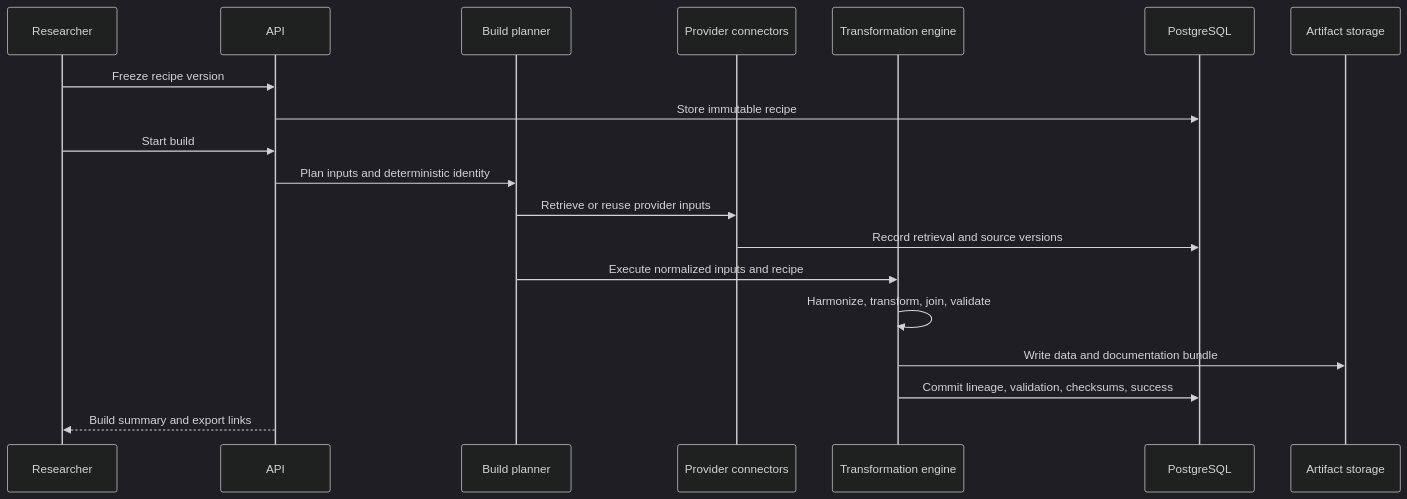
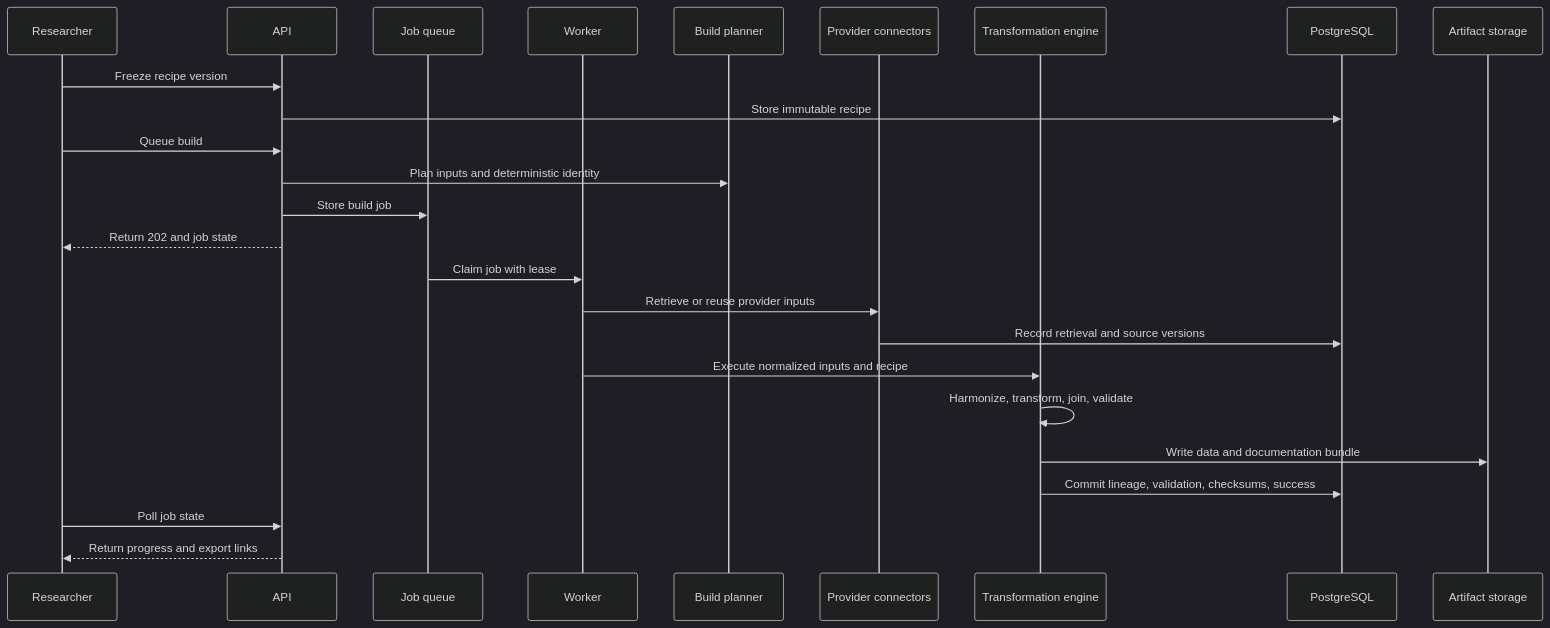
One commit to atharvanaik06/research-data-builder changed the second of 3 diagrams in docs/SYSTEM_DESIGN.md. Above: the diagram before and after it, drawn with Mermaid (dark theme). The commit also changed other lines of this file and 9 other files, not shown here.

````diff
--- a/docs/SYSTEM_DESIGN.md
+++ b/docs/SYSTEM_DESIGN.md
@@ -231,22 +258,28 @@
 ```mermaid
 sequenceDiagram
     participant U as Researcher
     participant A as API
+    participant Q as Job queue
+    participant W as Worker
     participant P as Build planner
     participant C as Provider connectors
     participant E as Transformation engine
     participant D as PostgreSQL
     participant F as Artifact storage
 
     U->>A: Freeze recipe version
     A->>D: Store immutable recipe
-    U->>A: Start build
+    U->>A: Queue build
     A->>P: Plan inputs and deterministic identity
-    P->>C: Retrieve or reuse provider inputs
+    A->>Q: Store build job
+    A-->>U: Return 202 and job state
+    Q->>W: Claim job with lease
+    W->>C: Retrieve or reuse provider inputs
     C->>D: Record retrieval and source versions
-    P->>E: Execute normalized inputs and recipe
+    W->>E: Execute normalized inputs and recipe
     E->>E: Harmonize, transform, join, validate
     E->>F: Write data and documentation bundle
     E->>D: Commit lineage, validation, checksums, success
-    A-->>U: Build summary and export links
+    U->>A: Poll job state
+    A-->>U: Return progress and export links
 ```
````
